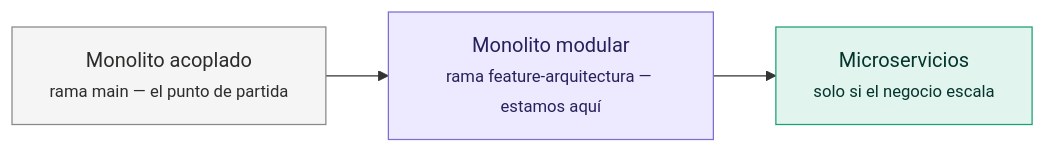
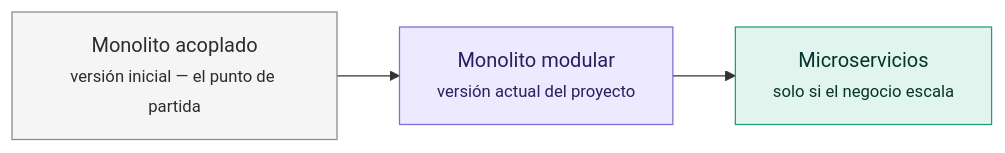
Before and after one commit to claudio4ndres/foodplease: the second of 4 diagrams in README.md, drawn with Mermaid. The commit also changed other lines of this file and 5 other files, not shown here.

````diff
--- a/README.md
+++ b/README.md
@@ -81,11 +81,11 @@
 ```mermaid
 flowchart LR
-    A["Monolito acoplado<br/><small>rama main — el punto de partida</small>"]
-    B["Monolito modular<br/><small>rama feature-arquitectura — estamos aquí</small>"]
+    A["Monolito acoplado<br/><small>versión inicial — el punto de partida</small>"]
+    B["Monolito modular<br/><small>versión actual del proyecto</small>"]
     C["Microservicios<br/><small>solo si el negocio escala</small>"]
     A --> B --> C
 
     style A fill:#f5f5f5,stroke:#888888,color:#2c2c2a
     style B fill:#ede9fe,stroke:#7c6fd0,color:#26215c
     style C fill:#e1f5ee,stroke:#1d9e75,color:#04342c
 ```
````
